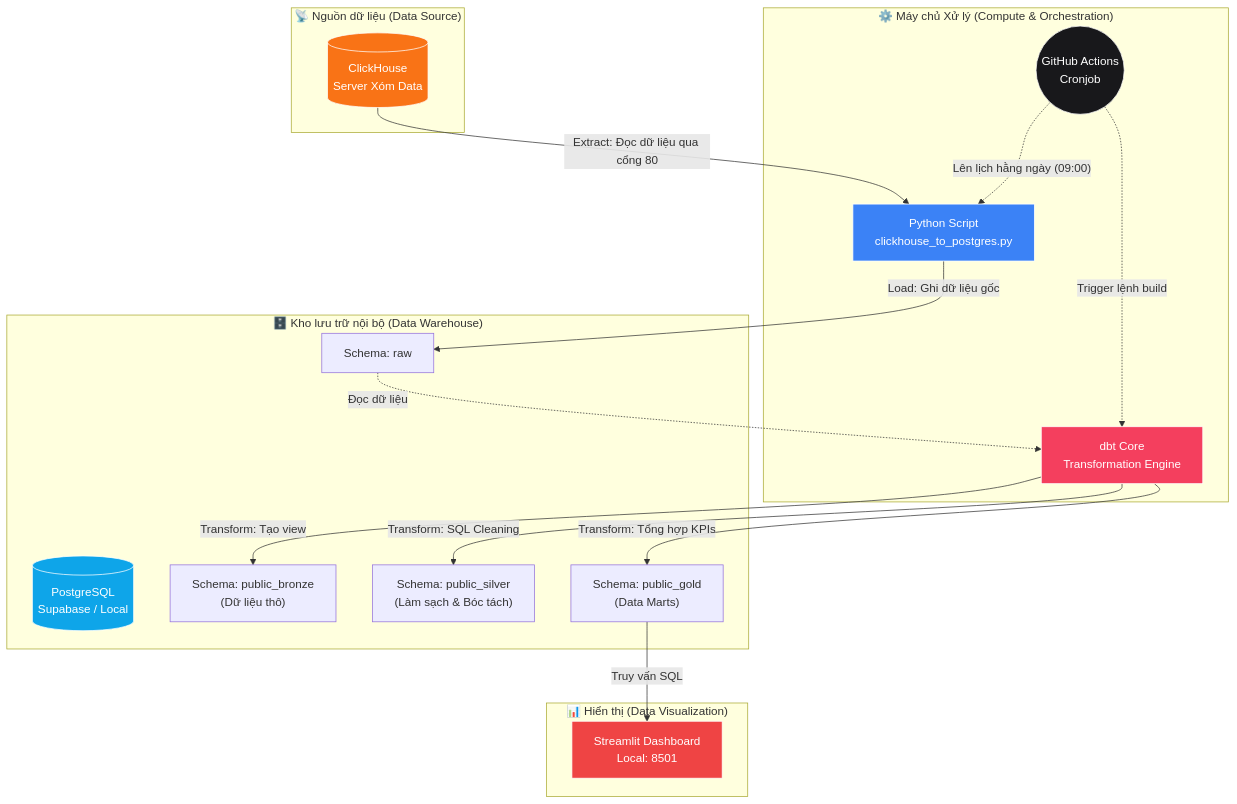
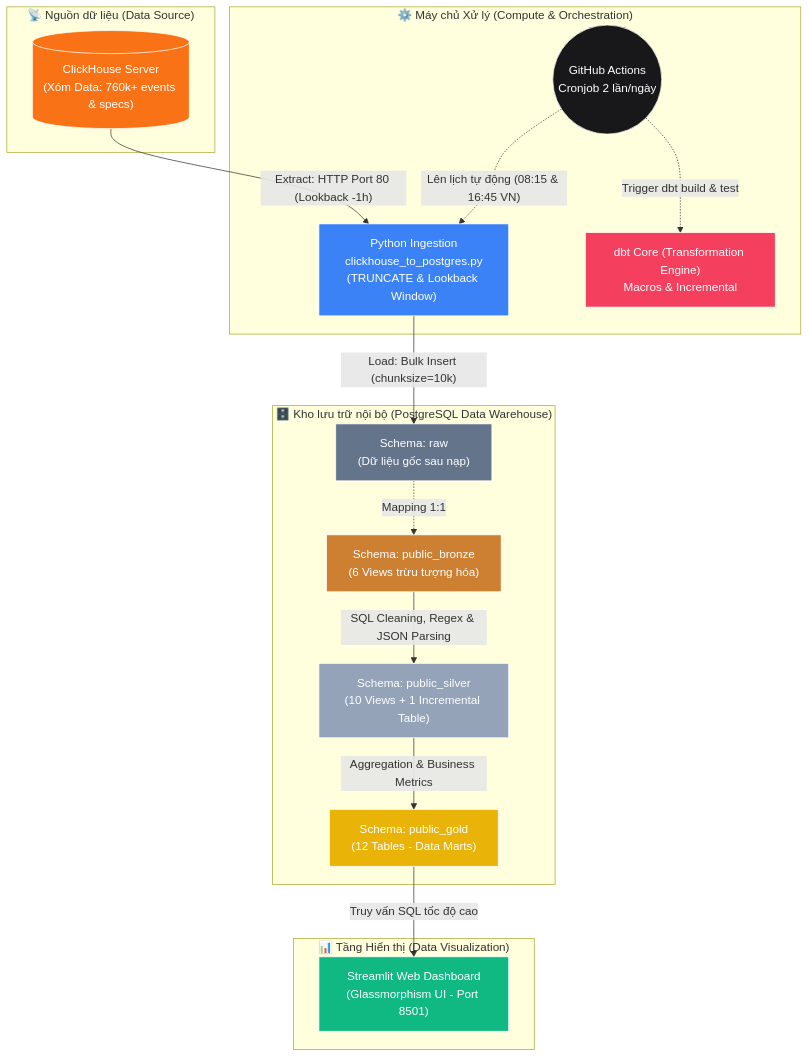
One commit to PhucTruong11/laplaptech_pipeline changed the first of 3 diagrams in README.md. Above: the diagram before and after it, drawn with Mermaid. The commit also changed other lines of this file and 11 other files, not shown here.

````diff
--- a/README.md
+++ b/README.md
@@ -11,44 +11,45 @@
 ```mermaid
 flowchart TD
     %% Định nghĩa các hệ thống
     subgraph Source ["📡 Nguồn dữ liệu (Data Source)"]
-        CH[("ClickHouse<br>Server Xóm Data")]
+        CH[("ClickHouse Server<br>(Xóm Data: 760k+ events & specs)")]
     end
 
     subgraph Compute ["⚙️ Máy chủ Xử lý (Compute & Orchestration)"]
-        PY["Python Script<br>clickhouse_to_postgres.py"]
-        DBT["dbt Core<br>Transformation Engine"]
-        GHA(("GitHub Actions<br>Cronjob"))
+        PY["Python Ingestion<br>clickhouse_to_postgres.py<br>(TRUNCATE & Lookback Window)"]
+        DBT["dbt Core (Transformation Engine)<br>Macros & Incremental"]
+        GHA(("GitHub Actions<br>Cronjob 2 lần/ngày"))
     end
 
-    subgraph Storage ["🗄️ Kho lưu trữ nội bộ (Data Warehouse)"]
-        PG[("PostgreSQL<br>Supabase / Local")]
-        RAW["Schema: raw"]
-        BRONZE["Schema: public_bronze<br>(Dữ liệu thô)"]
-        SILVER["Schema: public_silver<br>(Làm sạch & Bóc tách)"]
-        GOLD["Schema: public_gold<br>(Data Marts)"]
+    subgraph Storage ["🗄️ Kho lưu trữ nội bộ (PostgreSQL Data Warehouse)"]
+        RAW["Schema: raw<br>(Dữ liệu gốc sau nạp)"]
+        BRONZE["Schema: public_bronze<br>(6 Views trừu tượng hóa)"]
+        SILVER["Schema: public_silver<br>(10 Views + 1 Incremental Table)"]
+        GOLD["Schema: public_gold<br>(12 Tables - Data Marts)"]
     end
 
-    subgraph Presentation ["📊 Hiển thị (Data Visualization)"]
-        ST["Streamlit Dashboard<br>Local: 8501"]
+    subgraph Presentation ["📊 Tầng Hiển thị (Data Visualization)"]
+        ST["Streamlit Web Dashboard<br>(Glassmorphism UI - Port 8501)"]
     end
 
     %% Mũi tên luồng dữ liệu
-    CH -- "Extract: Đọc dữ liệu qua cổng 80" --> PY
-    PY -- "Load: Ghi dữ liệu gốc" --> RAW
-    RAW -. "Đọc dữ liệu" .-> DBT
-    DBT -- "Transform: Tạo view" --> BRONZE
-    DBT -- "Transform: SQL Cleaning" --> SILVER
-    DBT -- "Transform: Tổng hợp KPIs" --> GOLD
-    GOLD -- "Truy vấn SQL" --> ST
-    GHA -. "Lên lịch hằng ngày (09:00)" .-> PY
-    GHA -. "Trigger lệnh build" .-> DBT
+    CH -- "Extract: HTTP Port 80 (Lookback -1h)" --> PY
+    PY -- "Load: Bulk Insert (chunksize=10k)" --> RAW
+    RAW -. "Mapping 1:1" .-> BRONZE
+    BRONZE -- "SQL Cleaning, Regex & JSON Parsing" --> SILVER
+    SILVER -- "Aggregation & Business Metrics" --> GOLD
+    GOLD -- "Truy vấn SQL tốc độ cao" --> ST
+    GHA -. "Lên lịch tự động (08:15 & 16:45 VN)" .-> PY
+    GHA -. "Trigger dbt build & test" .-> DBT
 
     %% Đổ màu cho sơ đồ đẹp hơn
     style CH fill:#f97316,stroke:#fff,color:#fff
     style PY fill:#3b82f6,stroke:#fff,color:#fff
-    style PG fill:#0ea5e9,stroke:#fff,color:#fff
+    style RAW fill:#64748b,stroke:#fff,color:#fff
+    style BRONZE fill:#cd7f32,stroke:#fff,color:#fff
+    style SILVER fill:#94a3b8,stroke:#fff,color:#fff
+    style GOLD fill:#eab308,stroke:#fff,color:#fff
     style DBT fill:#f43f5e,stroke:#fff,color:#fff
-    style ST fill:#ef4444,stroke:#fff,color:#fff
+    style ST fill:#10b981,stroke:#fff,color:#fff
     style GHA fill:#18181b,stroke:#fff,color:#fff
 ```
````
